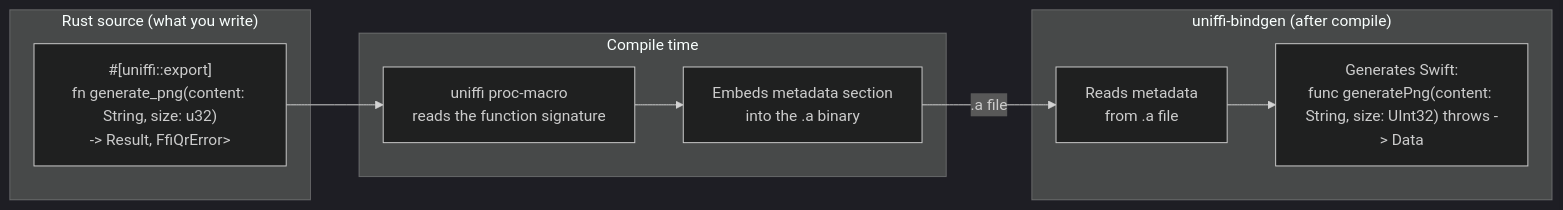
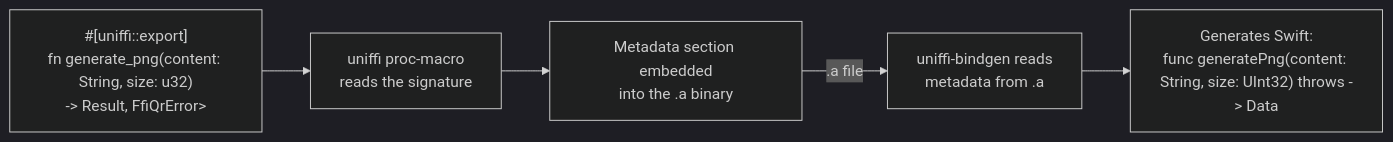
One commit to prasannajeet/RustyQR changed the second of 2 diagrams in iosApp/README.md. Above: the diagram before and after it, drawn with Mermaid (dark theme). The commit also changed other lines of this file and 69 other files, not shown here.

````diff
--- a/iosApp/README.md
+++ b/iosApp/README.md
@@ -269,21 +299,10 @@
 ```mermaid
 graph LR
-    subgraph "Rust source (what you write)"
-        A["#[uniffi::export]<br/>fn generate_png(content: String, size: u32)<br/>-> Result<Vec<u8>, FfiQrError>"]
-    end
+    A["#[uniffi::export]<br/>fn generate_png(content: String, size: u32)<br/>-> Result<Vec<u8>, FfiQrError>"]
+    B["uniffi proc-macro<br/>reads the signature"]
+    C["Metadata section embedded<br/>into the .a binary"]
+    D["uniffi-bindgen reads<br/>metadata from .a"]
+    E["Generates Swift:<br/>func generatePng(content: String, size: UInt32) throws -> Data"]
 
-    subgraph "Compile time"
-        B["uniffi proc-macro<br/>reads the function signature"]
-        C["Embeds metadata section<br/>into the .a binary"]
-    end
-
-    subgraph "uniffi-bindgen (after compile)"
-        D["Reads metadata<br/>from .a file"]
-        E["Generates Swift:<br/>func generatePng(content: String, size: UInt32) throws -> Data"]
-    end
-
-    A --> B
-    B --> C
-    C -->|".a file"| D
-    D --> E
+    A --> B --> C -->|".a file"| D --> E
 ```
````
